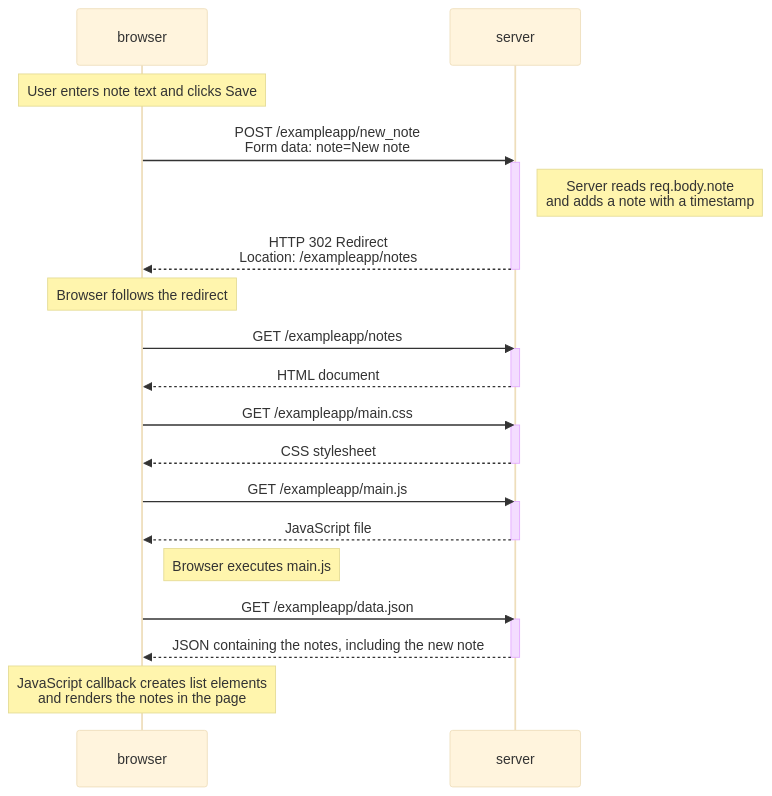
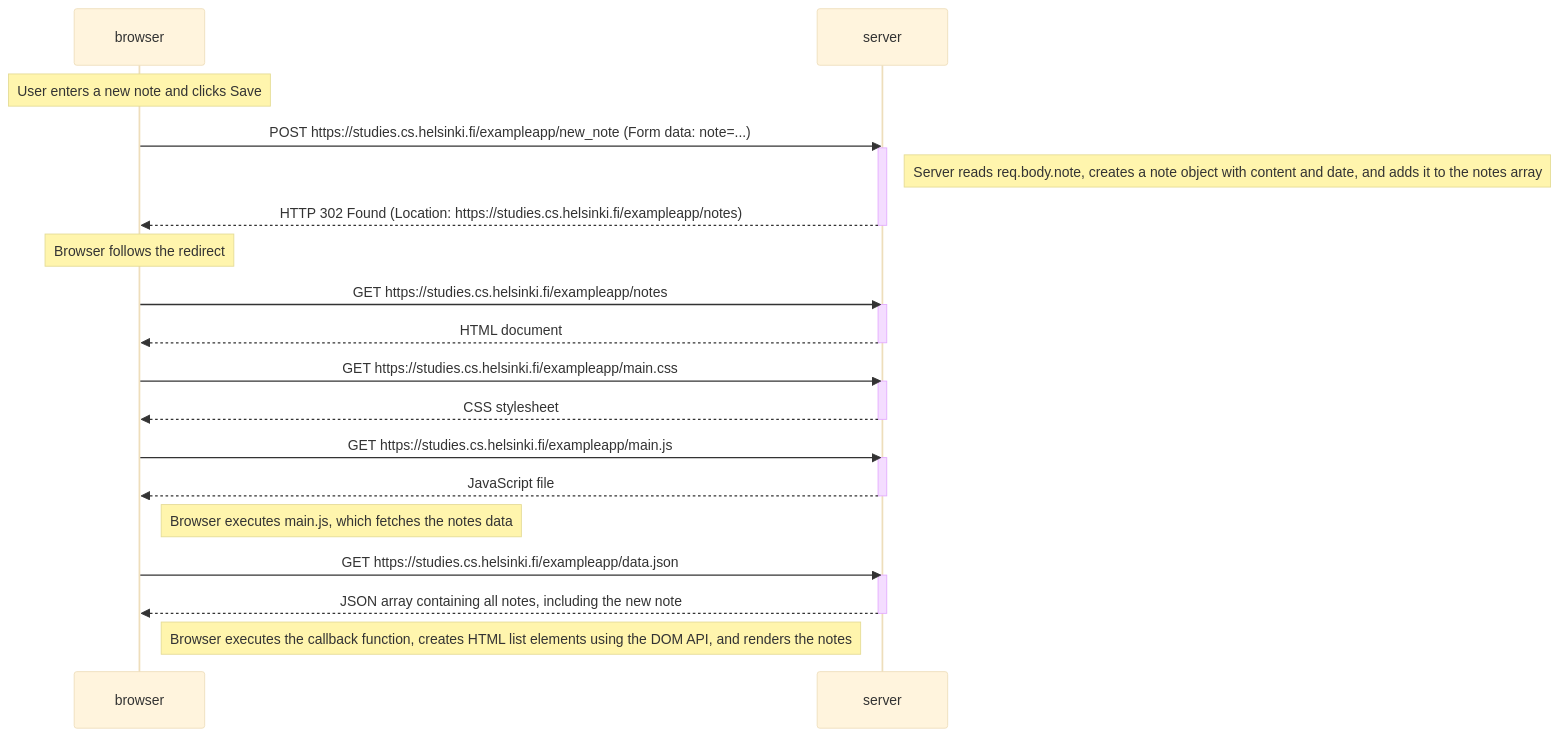
One commit to Nitant06/full-stack-open changed the diagram in part-0-fundamentals/exercises/0.4.md. Above: the diagram before and after it, drawn with Mermaid (base theme). The commit also changed other lines of this file and 2 other files, not shown here.

Commit message:
Improve Part 0 exercise diagrams

````diff
--- a/part-0-fundamentals/exercises/0.4.md
+++ b/part-0-fundamentals/exercises/0.4.md
@@ -5,36 +5,39 @@
 ```mermaid
 sequenceDiagram
     participant browser
     participant server
 
-    Note over browser: User enters note text and clicks Save
-    browser->>server: POST /exampleapp/new_note<br/>Form data: note=New note
+    Note over browser: User enters a new note and clicks Save
+
+    browser->>server: POST https://studies.cs.helsinki.fi/exampleapp/new_note (Form data: note=...)
     activate server
-    Note right of server: Server reads req.body.note<br/>and adds a note with a timestamp
-    server-->>browser: HTTP 302 Redirect<br/>Location: /exampleapp/notes
+    Note right of server: Server reads req.body.note, creates a note object with content and date, and adds it to the notes array
+    server-->>browser: HTTP 302 Found (Location: https://studies.cs.helsinki.fi/exampleapp/notes)
     deactivate server
 
     Note over browser: Browser follows the redirect
-    browser->>server: GET /exampleapp/notes
+
+    browser->>server: GET https://studies.cs.helsinki.fi/exampleapp/notes
     activate server
     server-->>browser: HTML document
     deactivate server
 
-    browser->>server: GET /exampleapp/main.css
+    browser->>server: GET https://studies.cs.helsinki.fi/exampleapp/main.css
     activate server
     server-->>browser: CSS stylesheet
     deactivate server
 
-    browser->>server: GET /exampleapp/main.js
+    browser->>server: GET https://studies.cs.helsinki.fi/exampleapp/main.js
     activate server
     server-->>browser: JavaScript file
     deactivate server
 
-    Note right of browser: Browser executes main.js
-    browser->>server: GET /exampleapp/data.json
+    Note right of browser: Browser executes main.js, which fetches the notes data
+
+    browser->>server: GET https://studies.cs.helsinki.fi/exampleapp/data.json
     activate server
-    server-->>browser: JSON containing the notes, including the new note
+    server-->>browser: JSON array containing all notes, including the new note
     deactivate server
 
-    Note over browser: JavaScript callback creates list elements<br/>and renders the notes in the page
+    Note right of browser: Browser executes the callback function, creates HTML list elements using the DOM API, and renders the notes
 ```
````
